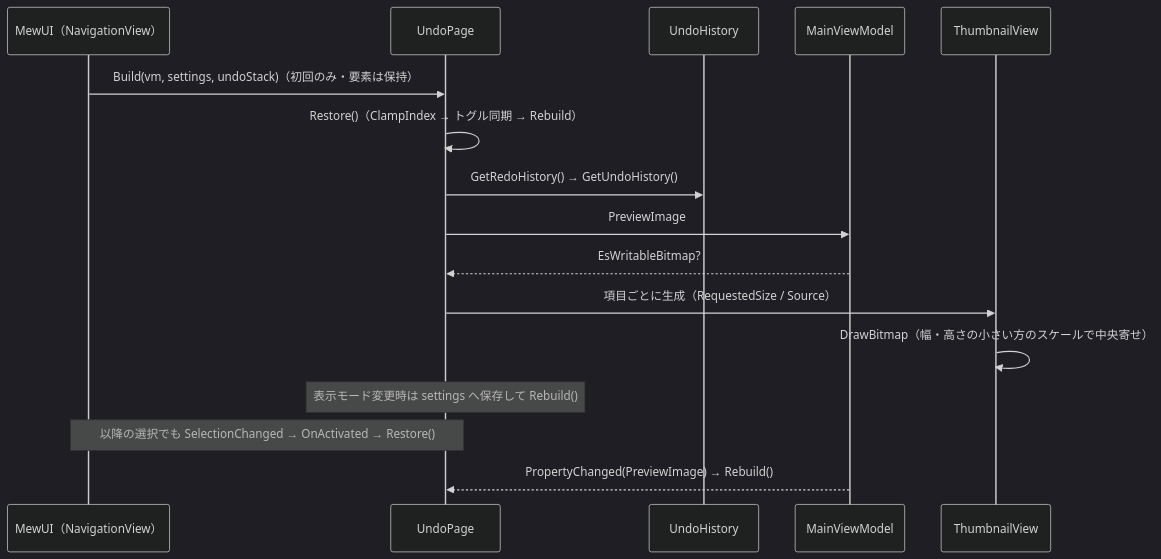
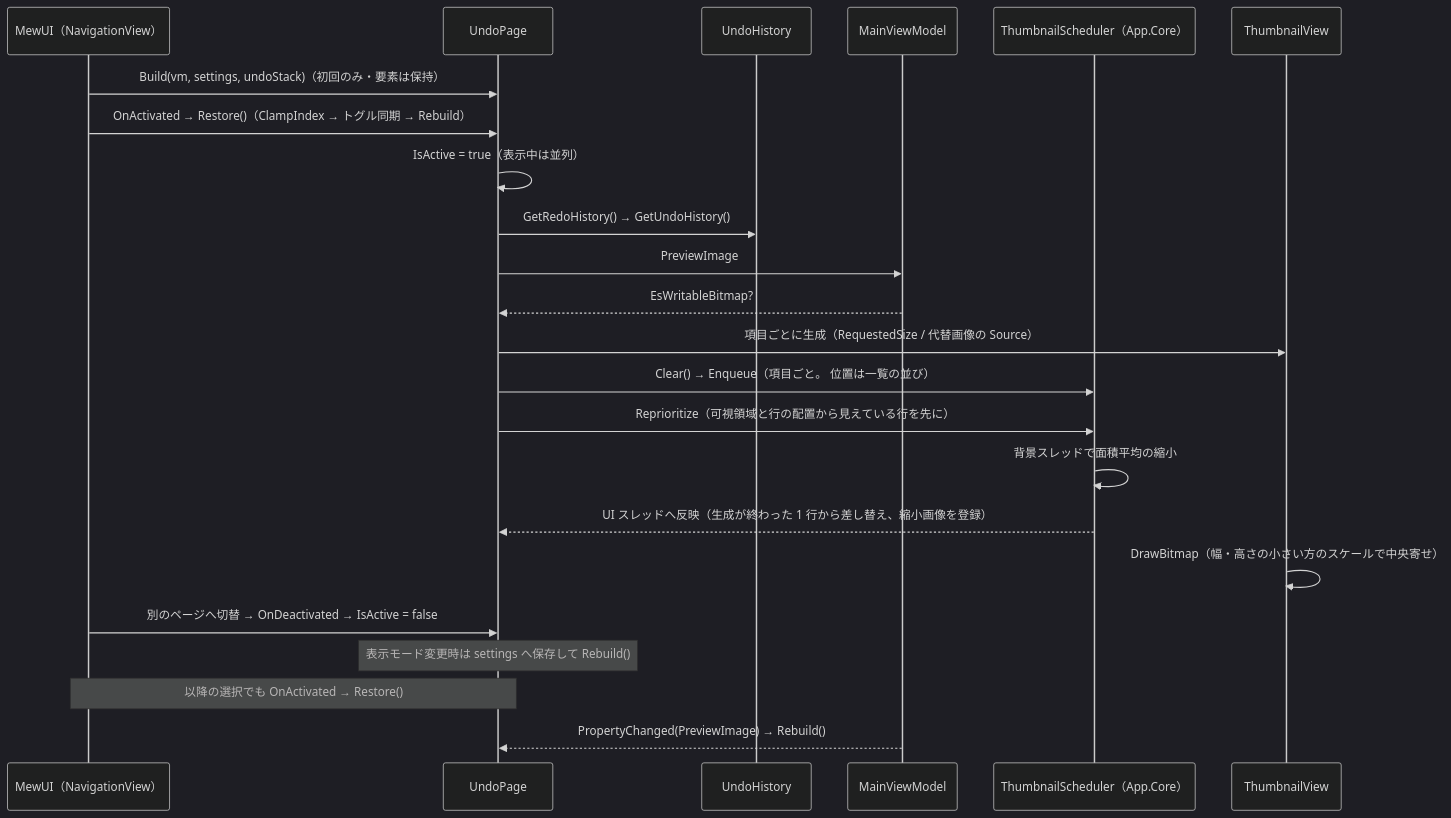
Before and after one commit to tomokuni/SaveEvidence: the ninth of 12 diagrams in src/App.MewUI/docs/SPEC_System.md, drawn with Mermaid (dark theme). The commit also changed other lines of this file and 28 other files, not shown here.

````diff
--- a/src/App.MewUI/docs/SPEC_System.md
+++ b/src/App.MewUI/docs/SPEC_System.md
@@ -510,19 +520,26 @@
 ```mermaid
 sequenceDiagram
     participant MW as MewUI（NavigationView）
     participant UP as UndoPage
     participant US as UndoHistory
     participant VM as MainViewModel
+    participant TS as ThumbnailScheduler（App.Core）
     participant TV as ThumbnailView
 
     MW->>UP: Build(vm, settings, undoStack)（初回のみ・要素は保持）
-    UP->>UP: Restore()（ClampIndex → トグル同期 → Rebuild）
+    MW->>UP: OnActivated → Restore()（ClampIndex → トグル同期 → Rebuild）
+    UP->>UP: IsActive = true（表示中は並列）
     UP->>US: GetRedoHistory() → GetUndoHistory()
     UP->>VM: PreviewImage
     VM-->>UP: EsWritableBitmap?
-    UP->>TV: 項目ごとに生成（RequestedSize / Source）
+    UP->>TV: 項目ごとに生成（RequestedSize / 代替画像の Source）
+    UP->>TS: Clear() → Enqueue（項目ごと。 位置は一覧の並び）
+    UP->>TS: Reprioritize（可視領域と行の配置から見えている行を先に）
+    TS->>TS: 背景スレッドで面積平均の縮小
+    TS-->>UP: UI スレッドへ反映（生成が終わった 1 行から差し替え、縮小画像を登録）
     TV->>TV: DrawBitmap（幅・高さの小さい方のスケールで中央寄せ）
+    MW->>UP: 別のページへ切替 → OnDeactivated → IsActive = false
     Note over UP: 表示モード変更時は settings へ保存して Rebuild()
-    Note over MW,UP: 以降の選択でも SelectionChanged → OnActivated → Restore()
+    Note over MW,UP: 以降の選択でも OnActivated → Restore()
     VM-->>UP: PropertyChanged(PreviewImage) → Rebuild()
 ```
````
